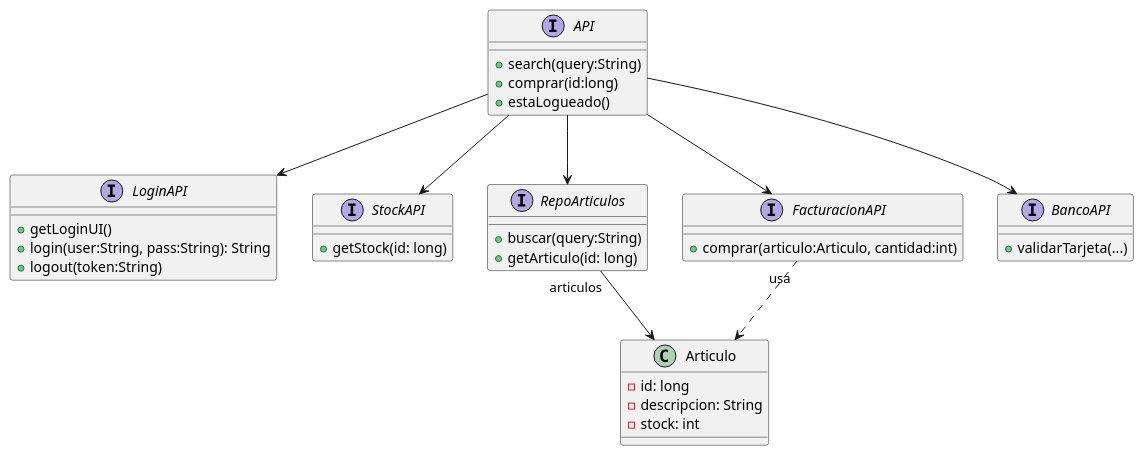
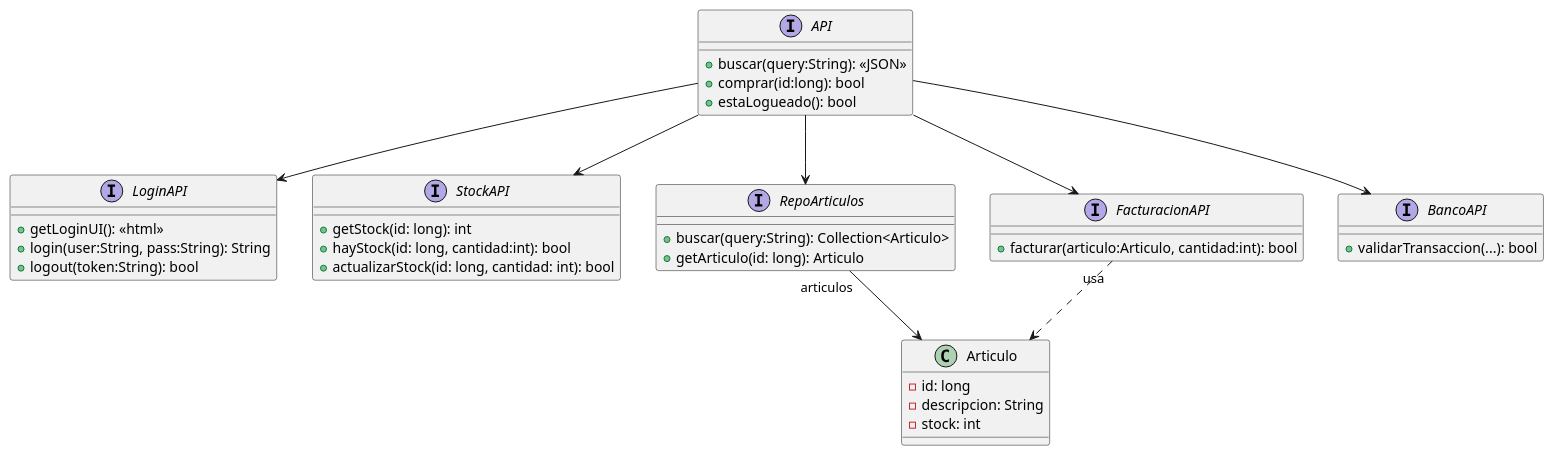
Before and after one commit to alejandroleoz/EjemploUML: the diagram in uml/clases.puml, drawn with PlantUML. The commit also changed 2 other files, not shown here.

Commit message:
Adding sequence diagrams for use cases

```diff
--- a/uml/clases.puml
+++ b/uml/clases.puml
@@ -1,46 +1,48 @@
 @startuml
 
 interface API {
-    + search(query:String)
-    + comprar(id:long)
-    + estaLogueado()
+    + buscar(query:String): <<JSON>>
+    + comprar(id:long): bool
+    + estaLogueado(): bool
 }
 
 interface LoginAPI {
-    + getLoginUI()
+    + getLoginUI(): <<html>>
     + login(user:String, pass:String): String
-    + logout(token:String)
+    + logout(token:String): bool
 }
 
 interface StockAPI {
-    + getStock(id: long)
+    + getStock(id: long): int
+    + hayStock(id: long, cantidad:int): bool
+    + actualizarStock(id: long, cantidad: int): bool
 }
 
 interface RepoArticulos {
-    + buscar(query:String)
-    + getArticulo(id: long)
+    + buscar(query:String): Collection<Articulo>
+    + getArticulo(id: long): Articulo
 }
 
 class Articulo {
     - id: long
     - descripcion: String
     - stock: int
 }
 
 interface FacturacionAPI {
-    + comprar(articulo:Articulo, cantidad:int)
+    + facturar(articulo:Articulo, cantidad:int): bool
 }
 
 interface BancoAPI {
-    + validarTarjeta(...)
+    + validarTransaccion(...): bool
 }
 
 API --> LoginAPI
 API --> StockAPI
 API --> RepoArticulos
 API --> FacturacionAPI
 API --> BancoAPI
 FacturacionAPI "usa" ..> Articulo
 RepoArticulos "articulos" --> Articulo
 
 @enduml
```
